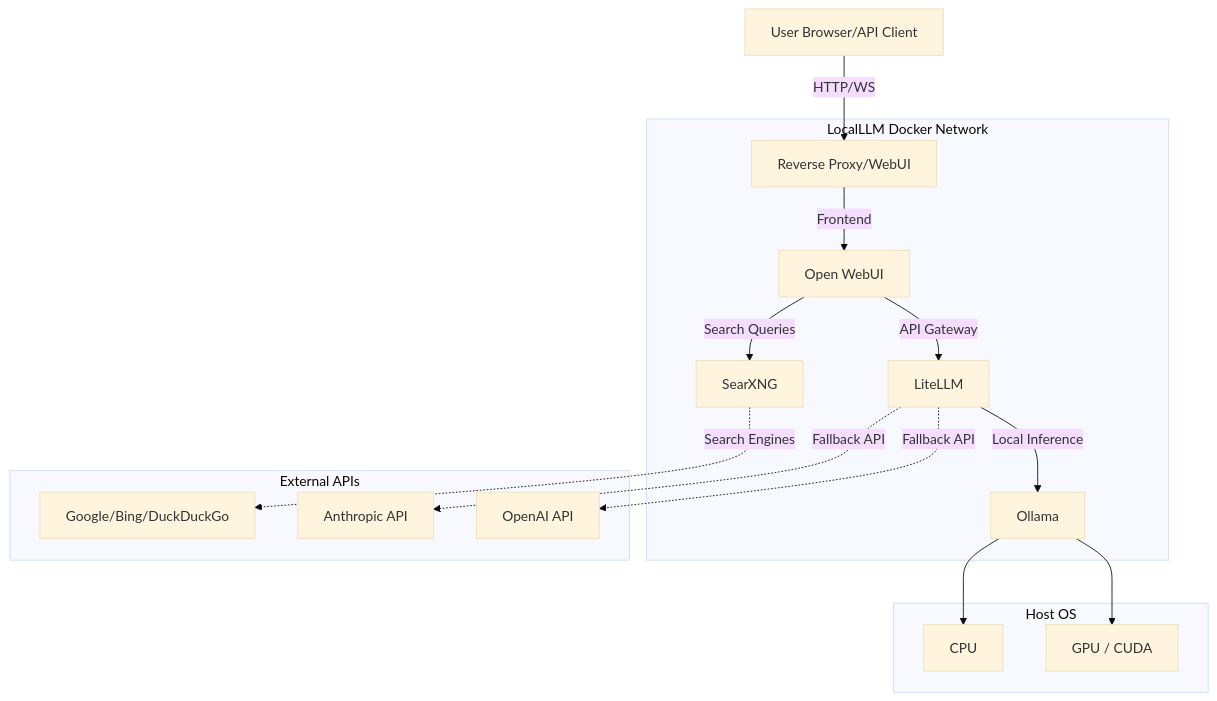
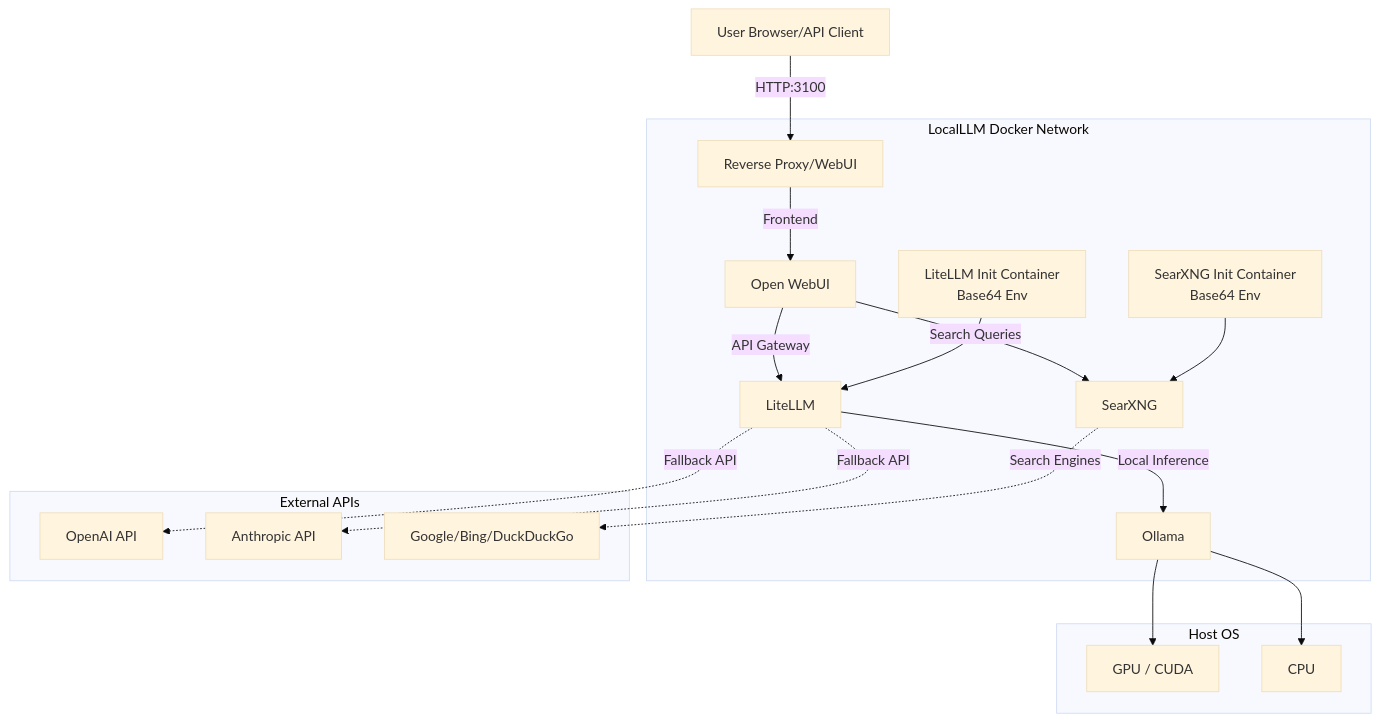
Before and after one commit to ebeauzec/LocalLLM: the diagram in docs/ARCHITECTURE.md, drawn with Mermaid (base theme). The commit also changed other lines of this file and 24 other files, not shown here.

````diff
--- a/docs/ARCHITECTURE.md
+++ b/docs/ARCHITECTURE.md
@@ -7,23 +7,26 @@
 ```mermaid
 graph TD
-    Client[User Browser/API Client] --> |HTTP/WS| Nginx[Reverse Proxy/WebUI]
+    Client[User Browser/API Client] --> |HTTP:3100| Nginx[Reverse Proxy/WebUI]
     
     subgraph LocalLLM Docker Network
         Nginx --> |Frontend| WebUI[Open WebUI]
         WebUI --> |API Gateway| LiteLLM[LiteLLM]
         WebUI --> |Search Queries| SearXNG[SearXNG]
         
         LiteLLM --> |Local Inference| Ollama[Ollama]
+        
+        InitLiteLLM[LiteLLM Init Container<br/>Base64 Env] --> LiteLLM
+        InitSearXNG[SearXNG Init Container<br/>Base64 Env] --> SearXNG
     end
     
     subgraph Host OS
         Ollama --> GPU[GPU / CUDA]
         Ollama --> CPU[CPU]
     end
     
     subgraph External APIs
         LiteLLM -.-> |Fallback API| OpenAI[OpenAI API]
         LiteLLM -.-> |Fallback API| Anthropic[Anthropic API]
         SearXNG -.-> |Search Engines| Web[Google/Bing/DuckDuckGo]
     end
 ```
````
